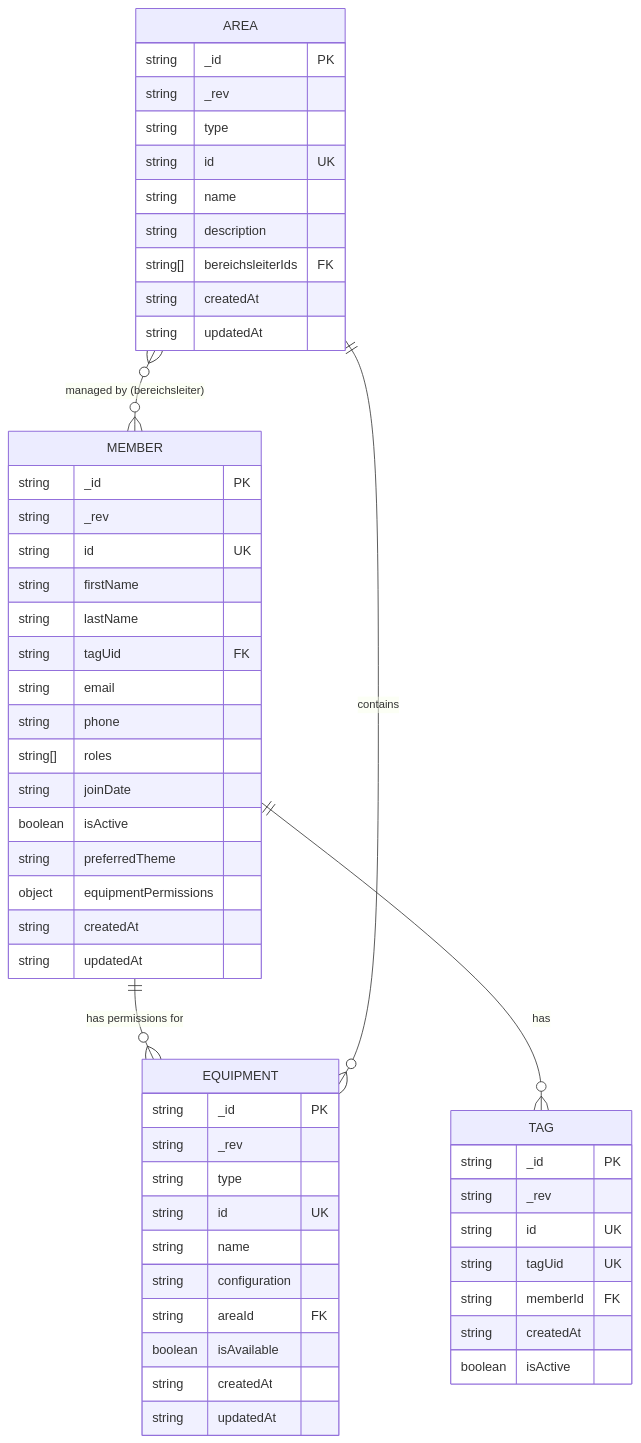
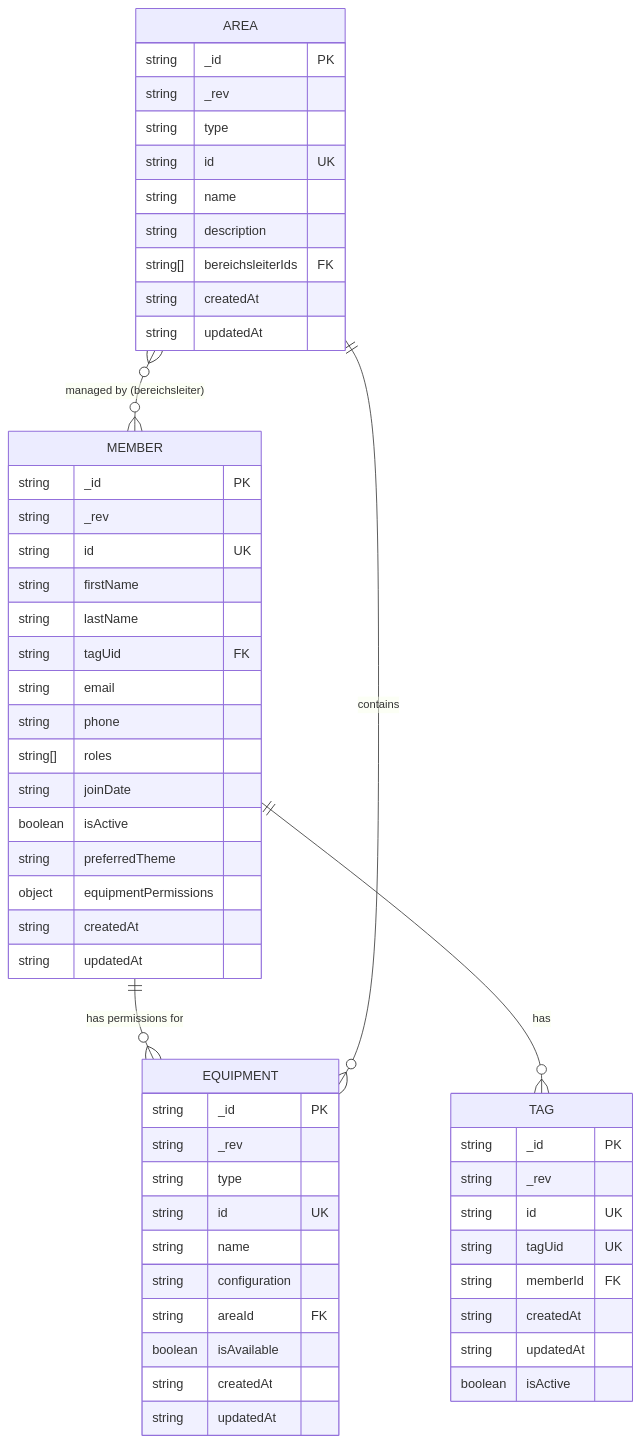
The diagram in docs/db-diagram.md (RoninRage/mks-control), drawn with Mermaid before and after one commit. The commit also changed other lines of this file and 3 other files, not shown here.

Commit message:
feat: add updatedAt field to Tag model; update tag creation and deletion logic; modify database diagram

````diff
--- a/docs/db-diagram.md
+++ b/docs/db-diagram.md
@@ -5,60 +5,61 @@
 ```mermaid
 erDiagram
     MEMBER {
         string _id PK
         string _rev
         string id UK
         string firstName
         string lastName
         string tagUid FK
         string email
         string phone
         string[] roles
         string joinDate
         boolean isActive
         string preferredTheme
         object equipmentPermissions
         string createdAt
         string updatedAt
     }
 
     TAG {
         string _id PK
         string _rev
         string id UK
         string tagUid UK
         string memberId FK
         string createdAt
+        string updatedAt
         boolean isActive
     }
 
     EQUIPMENT {
         string _id PK
         string _rev
         string type
         string id UK
         string name
         string configuration
         string areaId FK
         boolean isAvailable
         string createdAt
         string updatedAt
     }
 
     AREA {
         string _id PK
         string _rev
         string type
         string id UK
         string name
         string description
         string[] bereichsleiterIds FK
         string createdAt
         string updatedAt
     }
 
     MEMBER ||--o{ TAG : "has"
     MEMBER ||--o{ EQUIPMENT : "has permissions for"
     AREA ||--o{ EQUIPMENT : "contains"
     AREA }o--o{ MEMBER : "managed by (bereichsleiter)"
 ```
````
